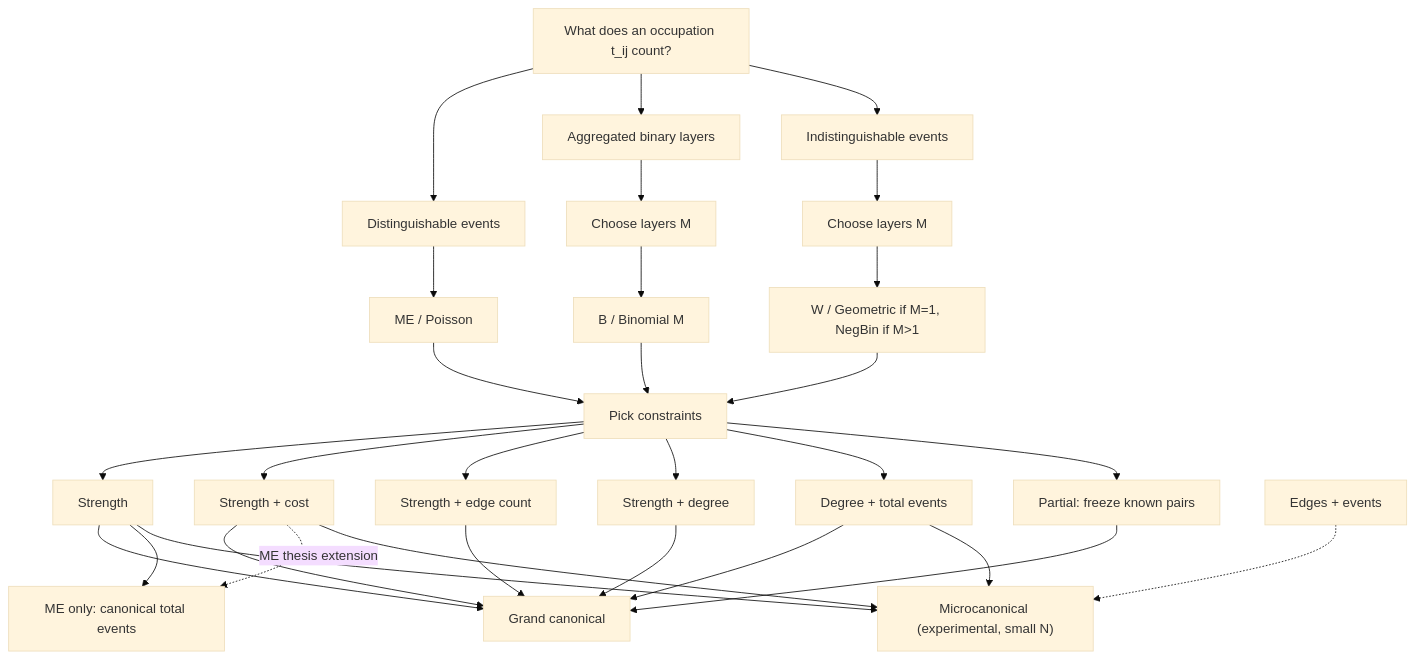
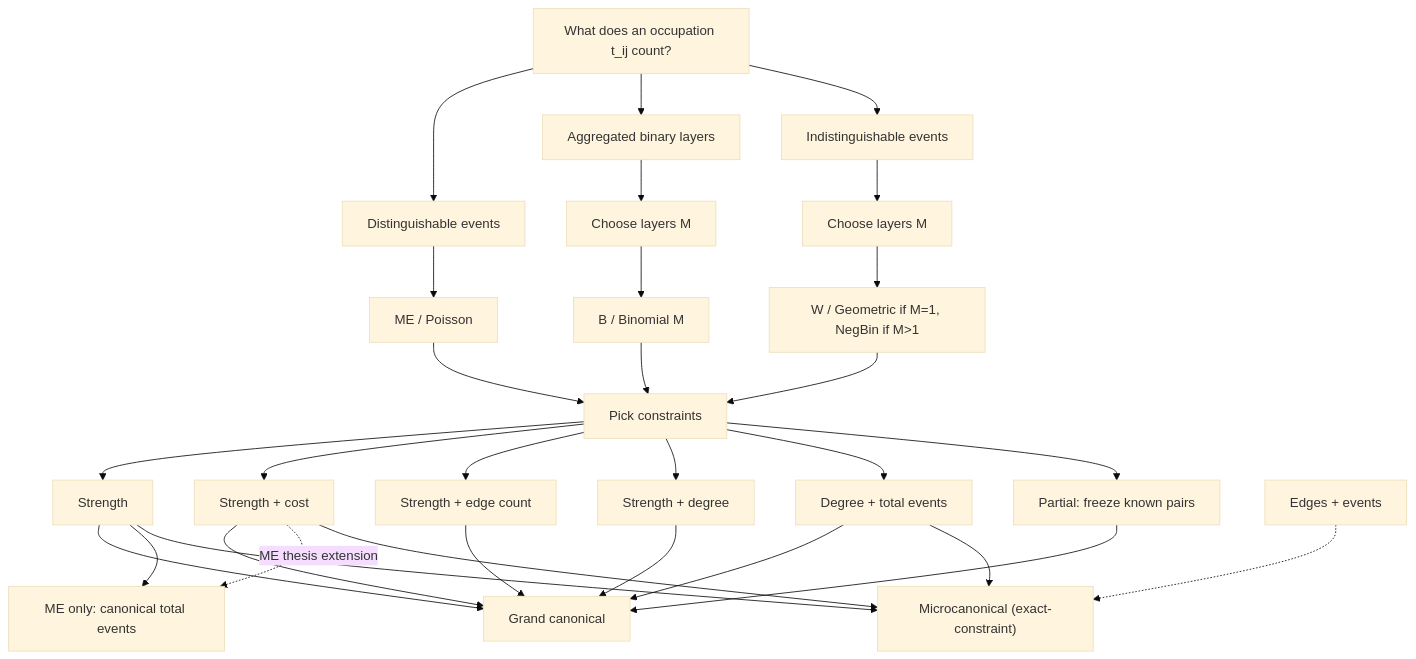
The diagram in docs/concepts/choose-null-model.md (uladribia/menobis), drawn with Mermaid (base theme) before and after one commit. The commit also changed other lines of this file and 32 other files, not shown here.

````diff
--- a/docs/concepts/choose-null-model.md
+++ b/docs/concepts/choose-null-model.md
@@ -19,32 +19,32 @@
 ```mermaid
 flowchart TD
   A[What does an occupation t_ij count?] --> B[Distinguishable events]
   A --> C[Aggregated binary layers]
   A --> D[Indistinguishable events]
   B --> ME[ME / Poisson]
   C --> BLayers[Choose layers M]
   BLayers --> BFam[B / Binomial M]
   D --> WLayers[Choose layers M]
   WLayers --> WFam[W / Geometric if M=1, NegBin if M>1]
   ME --> E[Pick constraints]
   BFam --> E
   WFam --> E
   E --> S[Strength]
   E --> SC[Strength + cost]
   E --> SE[Strength + edge count]
   E --> SD[Strength + degree]
   E --> DE[Degree + total events]
   E --> PC[Partial: freeze known pairs]
   S --> G[Grand canonical]
   SC --> G
   SE --> G
   SD --> G
   DE --> G
   PC --> G
   S --> CME[ME only: canonical total events]
   SC -. ME thesis extension .-> CME
-  S --> MMC["Microcanonical (experimental, small N)"]
+  S --> MMC["Microcanonical (exact-constraint)"]
   SC --> MMC
   DE --> MMC
   EEMC["Edges + events"] -.-> MMC
 ```
````
